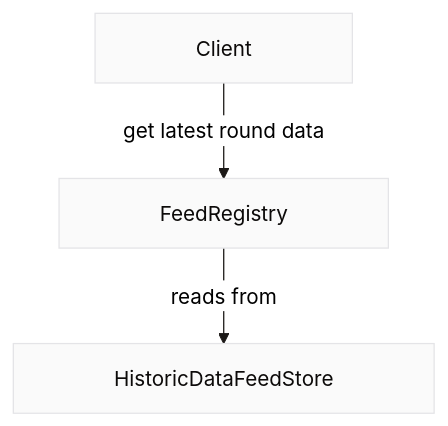
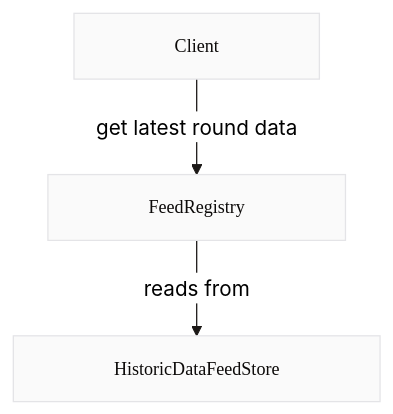
Before and after one commit to blocksense-network/blocksense-infra-test: the diagram in apps/docs.blocksense.network/pages/docs/contracts/guide/feed-registry.mdx, drawn with Mermaid. The commit also changed 36 other files, not shown here.

````diff
--- a/apps/docs.blocksense.network/pages/docs/contracts/guide/feed-registry.mdx
+++ b/apps/docs.blocksense.network/pages/docs/contracts/guide/feed-registry.mdx
@@ -7,19 +7,19 @@
 ```mermaid
 ---
 config:
     rightAngles: true
     theme: neutral
     primaryColor: "#d0d0d0"
     signalColor: "FF0000"
     signalTextColor: "#808080"
 ---
 flowchart TD
-  classDef node fill:#fafafa,color:#0c0a09,stroke:#e4e4e7,stroke-width:1px,shadow:2px 2px 5px #888888, display:block, padding:0rem 3rem;
+  classDef node fill:#fafafa,color:#0c0a09,stroke:#e4e4e7,stroke-width:1px,shadow:2px 2px 5px #888888, display:block, padding:0rem 3rem, font-size: 0.875rem, font-family:'Fira Code', monospace;
 
   linkStyle default fill:none,stroke-width:1px,stroke:#1c1917
 
   A[Client] -->|get latest round data| FR[FeedRegistry]
   FR -->|reads from| DFS[HistoricDataFeedStore]
 
   class A,FR,DFS node
 ```
````
